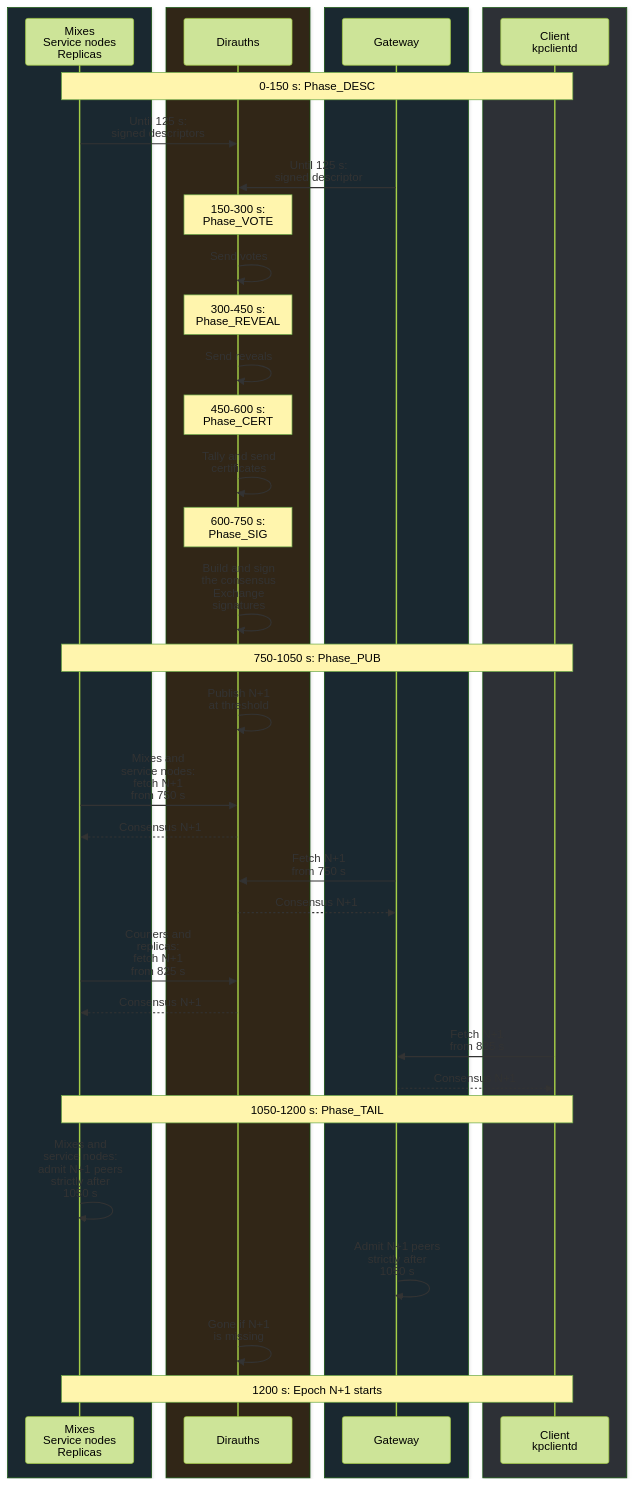
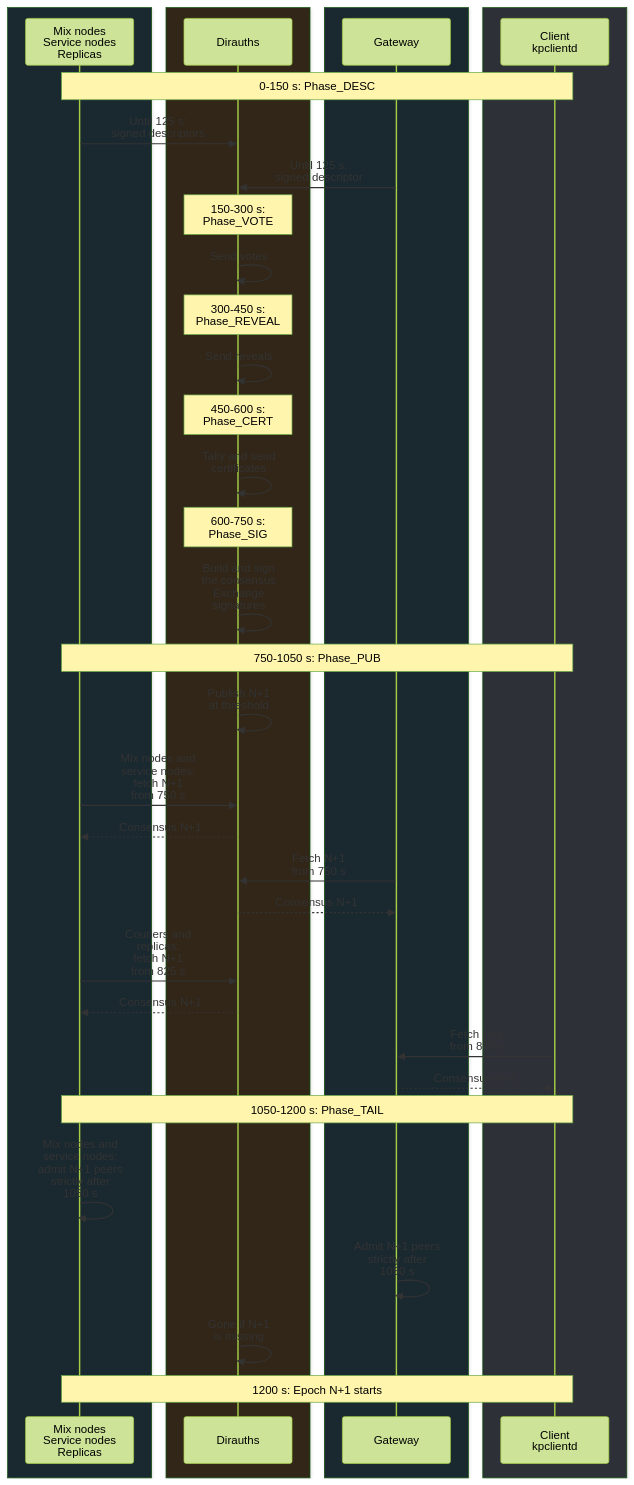
Before and after one commit to katzenpost/website: the seventh of 19 diagrams in content/en/docs/specs/dirauth.md, drawn with Mermaid (forest theme). The commit also changed other lines of this file, not shown here.

First line of the commit message:
Update dirauth.md

````diff
--- a/content/en/docs/specs/dirauth.md
+++ b/content/en/docs/specs/dirauth.md
@@ -486,45 +486,45 @@
 ```mermaid
 sequenceDiagram
     %% panel: clock
     %% actors: N=other-servers,D=authority,G=gateway,C=client
     accTitle: Epoch phase schedule
-    accDescr: Node uploads end at 125 seconds during Phase_DESC. Dirauth phases advance at 150-second boundaries. Mixes, gateways, and service nodes fetch at 750 seconds. Couriers, replicas, and clients fetch at 825 seconds. Clients fetch through gateways. Mixes, gateways, and service nodes admit next-epoch peers strictly after 1050 seconds. The next epoch starts at 1200 seconds.
+    accDescr: Node uploads end at 125 seconds during Phase_DESC. Dirauth phases advance at 150-second boundaries. Mix nodes, gateways, and service nodes fetch at 750 seconds. Couriers, replicas, and clients fetch at 825 seconds. Clients fetch through gateways. Mix nodes, gateways, and service nodes admit next-epoch peers strictly after 1050 seconds. The next epoch starts at 1200 seconds.
     box rgb(26,40,48)
-        participant N as Mixes<br/>Service nodes<br/>Replicas
+        participant N as Mix nodes<br/>Service nodes<br/>Replicas
     end
     box rgb(49,38,23)
         participant D as Dirauths
     end
     box rgb(26,40,48)
         participant G as Gateway
     end
     box rgb(45,48,54)
         participant C as Client<br/>kpclientd
     end
     Note over N,C: 0-150 s: Phase_DESC
     N->>D: Until 125 s:<br/>signed descriptors
     G->>D: Until 125 s:<br/>signed descriptor
     Note over D: 150-300 s:<br/>Phase_VOTE
     D->>D: Send votes
     Note over D: 300-450 s:<br/>Phase_REVEAL
     D->>D: Send reveals
     Note over D: 450-600 s:<br/>Phase_CERT
     D->>D: Tally and send<br/>certificates
     Note over D: 600-750 s:<br/>Phase_SIG
     D->>D: Build and sign<br/>the consensus<br/>Exchange<br/>signatures
     Note over N,C: 750-1050 s: Phase_PUB
     D->>D: Publish N+1<br/>at threshold
-    N->>D: Mixes and<br/>service nodes:<br/>fetch N+1<br/>from 750 s
+    N->>D: Mix nodes and<br/>service nodes:<br/>fetch N+1<br/>from 750 s
     D-->>N: Consensus N+1
     G->>D: Fetch N+1<br/>from 750 s
     D-->>G: Consensus N+1
     N->>D: Couriers and<br/>replicas:<br/>fetch N+1<br/>from 825 s
     D-->>N: Consensus N+1
     C->>G: Fetch N+1<br/>from 825 s
     G-->>C: Consensus N+1
     Note over N,C: 1050-1200 s: Phase_TAIL
-    N->>N: Mixes and<br/>service nodes:<br/>admit N+1 peers<br/>strictly after<br/>1050 s
+    N->>N: Mix nodes and<br/>service nodes:<br/>admit N+1 peers<br/>strictly after<br/>1050 s
     G->>G: Admit N+1 peers<br/>strictly after<br/>1050 s
     D->>D: Gone if N+1<br/>is missing
     Note over N,C: 1200 s: Epoch N+1 starts
 ```
````
